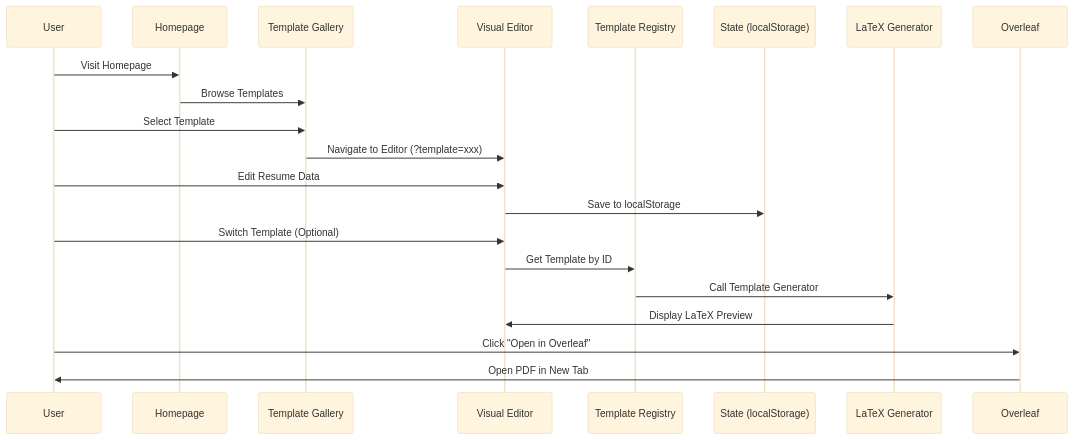
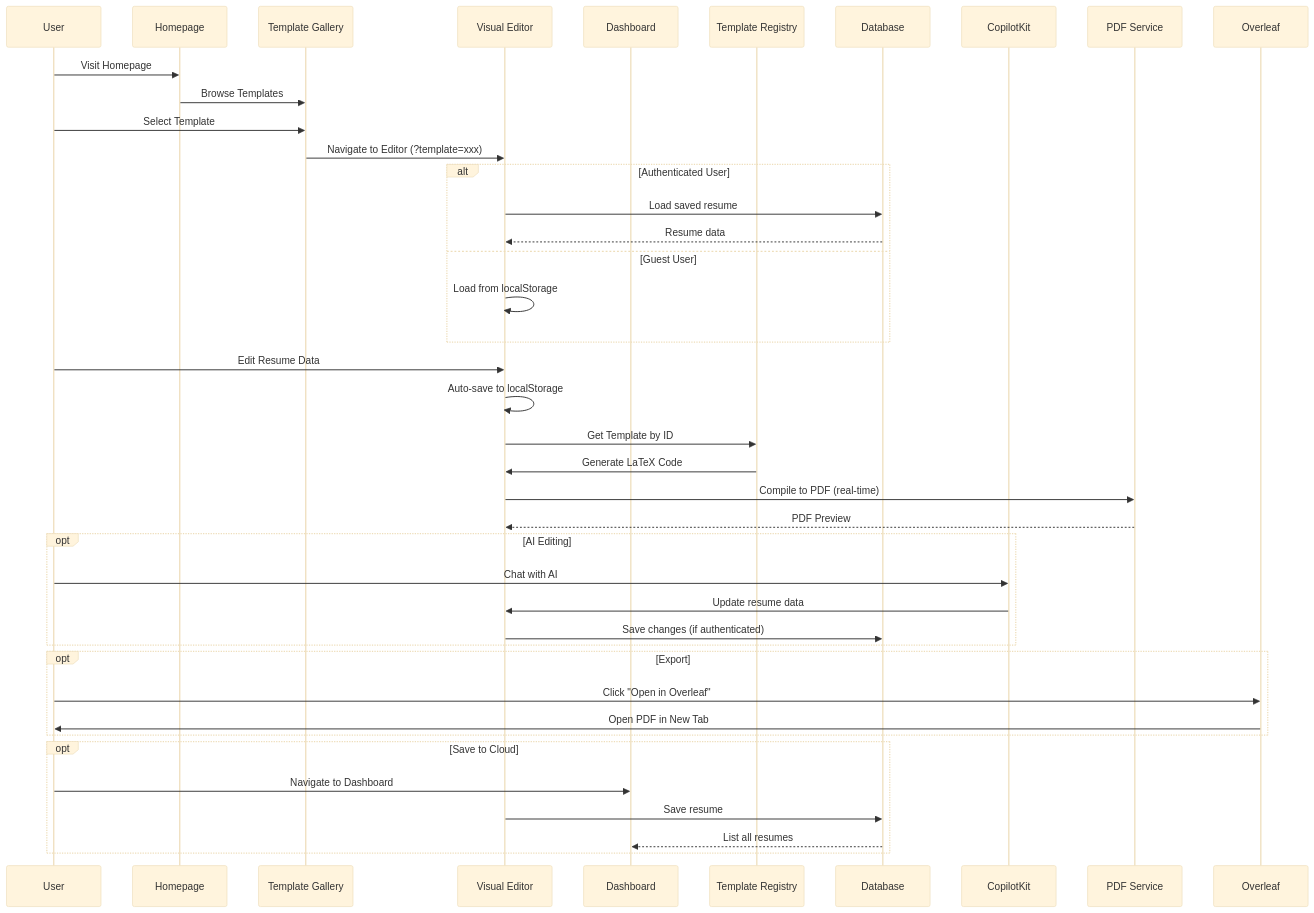
The second of 6 diagrams in README.md (ChanMeng666/easy-resume), drawn with Mermaid (base theme) before and after one commit. The commit also changed other lines of this file, not shown here.

````diff
--- a/README.md
+++ b/README.md
@@ -321,24 +504,49 @@
 ```mermaid
 sequenceDiagram
     participant U as User
     participant H as Homepage
     participant T as Template Gallery
     participant E as Visual Editor
+    participant D as Dashboard
     participant R as Template Registry
-    participant S as State (localStorage)
-    participant G as LaTeX Generator
+    participant DB as Database
+    participant AI as CopilotKit
+    participant PDF as PDF Service
     participant O as Overleaf
 
     U->>H: Visit Homepage
     H->>T: Browse Templates
     U->>T: Select Template
     T->>E: Navigate to Editor (?template=xxx)
+    
+    alt Authenticated User
+        E->>DB: Load saved resume
+        DB-->>E: Resume data
+    else Guest User
+        E->>E: Load from localStorage
+    end
+    
     U->>E: Edit Resume Data
-    E->>S: Save to localStorage
-    U->>E: Switch Template (Optional)
+    E->>E: Auto-save to localStorage
     E->>R: Get Template by ID
-    R->>G: Call Template Generator
-    G->>E: Display LaTeX Preview
-    U->>O: Click "Open in Overleaf"
-    O->>U: Open PDF in New Tab
+    R->>E: Generate LaTeX Code
+    E->>PDF: Compile to PDF (real-time)
+    PDF-->>E: PDF Preview
+    
+    opt AI Editing
+        U->>AI: Chat with AI
+        AI->>E: Update resume data
+        E->>DB: Save changes (if authenticated)
+    end
+    
+    opt Export
+        U->>O: Click "Open in Overleaf"
+        O->>U: Open PDF in New Tab
+    end
+    
+    opt Save to Cloud
+        U->>D: Navigate to Dashboard
+        E->>DB: Save resume
+        DB-->>D: List all resumes
+    end
 ```
````
